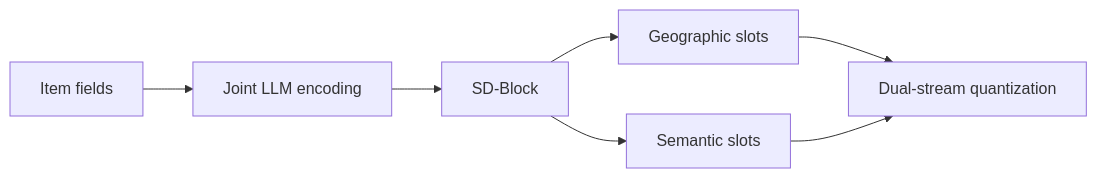
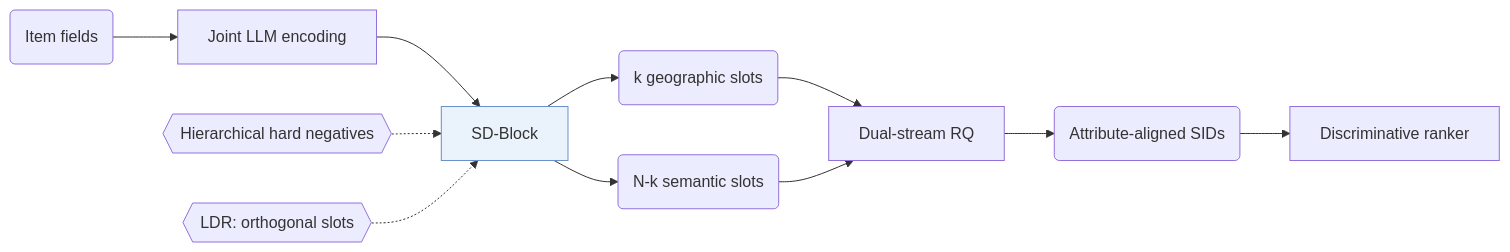
Before and after one commit to Galaxy-ghost/Awesome-SID-Generative-Rec: the diagram in notes/lgrid.md, drawn with Mermaid. The commit also changed 521 other files, not shown here.

Commit message:
writer-04 part 3: algorithm diagrams with shared shape conventions, README hero and paper cards, archive removed

````diff
--- a/notes/lgrid.md
+++ b/notes/lgrid.md
@@ -12,9 +12,14 @@
 ```mermaid
 flowchart LR
-    A[Item fields] --> B[Joint LLM encoding]
-    B --> C[SD-Block]
-    C --> D[Geographic slots]
-    C --> E[Semantic slots]
-    D --> F[Dual-stream quantization]
+    A("Item fields") --> B["Joint LLM encoding"]
+    B --> C["SD-Block"]:::key
+    C --> D("k geographic slots")
+    C --> E("N-k semantic slots")
+    L1{{"Hierarchical hard negatives"}} -.-> C
+    L2{{"LDR: orthogonal slots"}} -.-> C
+    D --> F["Dual-stream RQ"]
     E --> F
+    F --> G("Attribute-aligned SIDs")
+    G --> H["Discriminative ranker"]
+    classDef key fill:#eaf2fb,stroke:#6b8fc7
 ```
````
